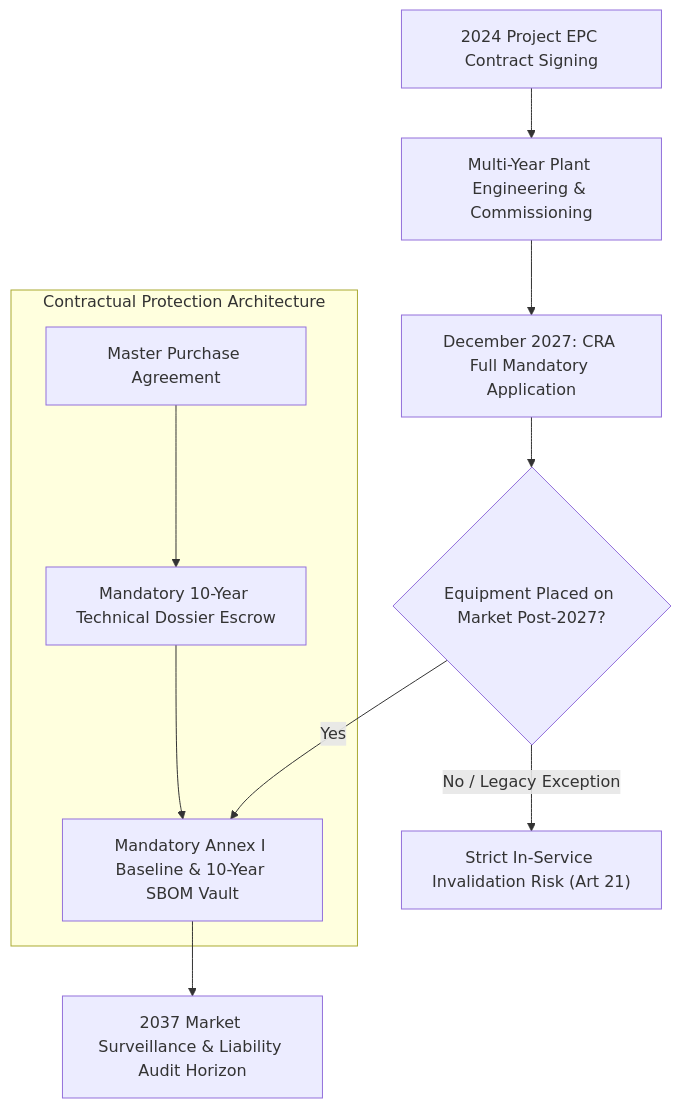
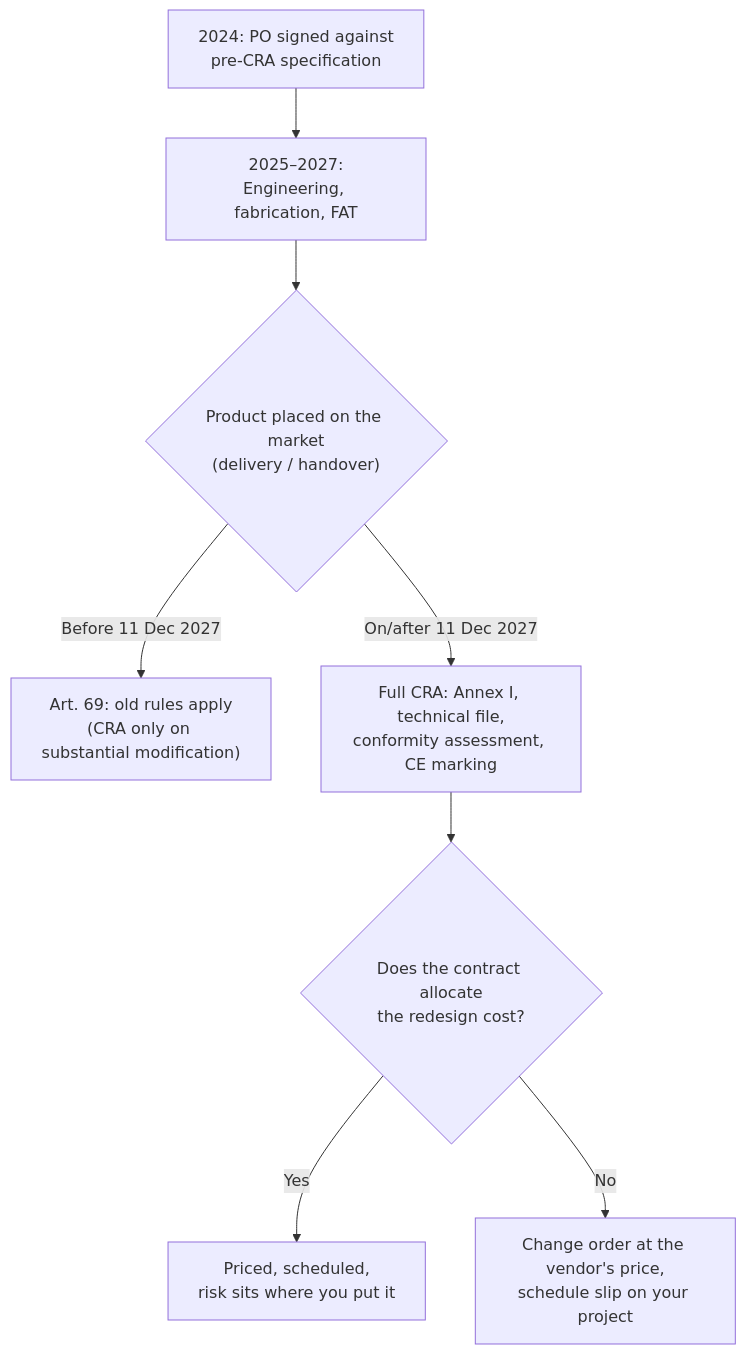
The diagram in docs/cra_podcast/blogs/BLOG_EP_1.01_ep-1.01-the-2-year-lag-why-2024-contracts-are-walking-into.md (Planet9V/OXOT_Website_Conformity_Application), drawn with Mermaid before and after one commit. The commit also changed other lines of this file and 7 other files, not shown here.

````diff
--- a/docs/cra_podcast/blogs/BLOG_EP_1.01_ep-1.01-the-2-year-lag-why-2024-contracts-are-walking-into.md
+++ b/docs/cra_podcast/blogs/BLOG_EP_1.01_ep-1.01-the-2-year-lag-why-2024-contracts-are-walking-into.md
@@ -67,14 +57,10 @@
 ```mermaid
 graph TD
-    A["2024 Project EPC Contract Signing"] --> B["Multi-Year Plant Engineering & Commissioning"]
-    B --> C["December 2027: CRA Full Mandatory Application"]
-    C --> D{"Equipment Placed on Market Post-2027?"}
-    D -->|"Yes"| E["Mandatory Annex I Baseline & 10-Year SBOM Vault"]
-    D -->|"No / Legacy Exception"| F["Strict In-Service Invalidation Risk (Art 21)"]
-    E --> G["2037 Market Surveillance & Liability Audit Horizon"]
-    
-    subgraph EscrowStrategy["Contractual Protection Architecture"]
-        H["Master Purchase Agreement"] --> I["Mandatory 10-Year Technical Dossier Escrow"]
-        I --> E
-    end
+    A["2024: PO signed against<br/>pre-CRA specification"] --> B["2025–2027:<br/>Engineering, fabrication, FAT"]
+    B --> C{"Product placed on the market<br/>(delivery / handover)"}
+    C -->|"Before 11 Dec 2027"| D["Art. 69: old rules apply<br/>(CRA only on substantial modification)"]
+    C -->|"On/after 11 Dec 2027"| E["Full CRA: Annex I, technical file,<br/>conformity assessment, CE marking"]
+    E --> F{"Does the contract allocate<br/>the redesign cost?"}
+    F -->|"Yes"| G["Priced, scheduled,<br/>risk sits where you put it"]
+    F -->|"No"| H["Change order at the vendor's price,<br/>schedule slip on your project"]
 ```
````
